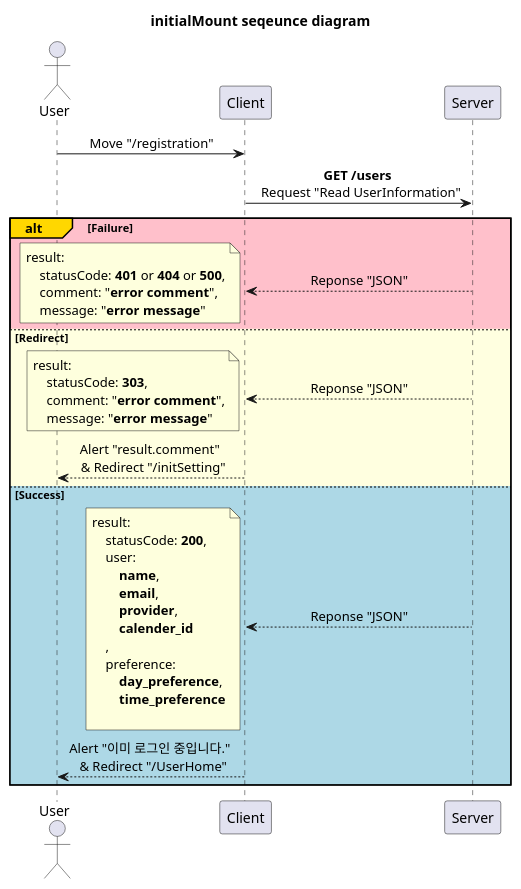
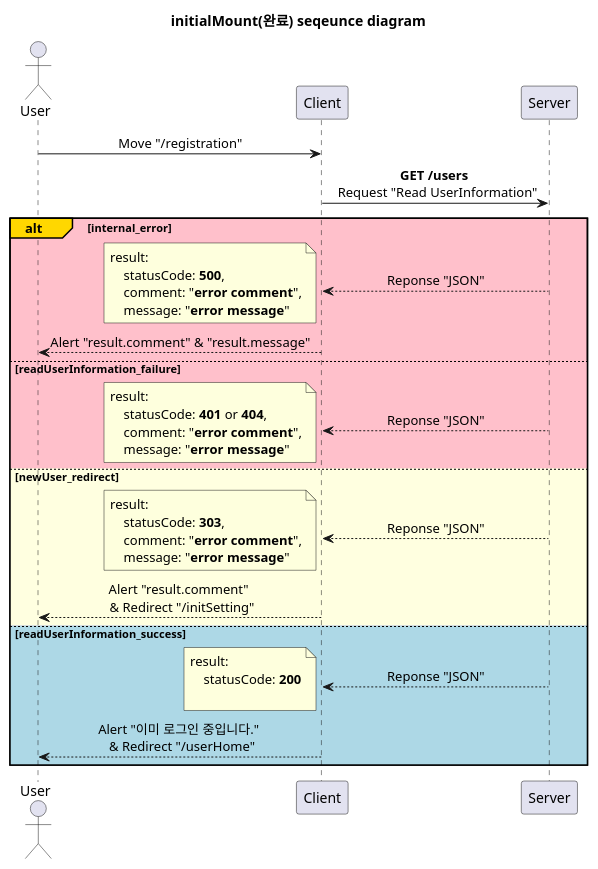
The diagram in diagram/registration_page/initialMount.puml (devSeungBin/SSCS), drawn with PlantUML before and after one commit. The commit also changed 12 other files, not shown here.

```diff
--- a/diagram/registration_page/initialMount.puml
+++ b/diagram/registration_page/initialMount.puml
@@ -1,55 +1,56 @@
-@startuml initialMount
+@startuml initialMount(완료)
 'http://localhost:3000/registration
 
-title initialMount seqeunce diagram
+title initialMount(완료) seqeunce diagram
 
 skinparam SequenceMessageAlignment center
 
 participant Server order 30
 participant Client order 20
 actor User order 10
 
 User -> Client: Move "/registration"
 
 Client -> Server: **GET /users** \n Request "Read UserInformation"
 
-alt#Gold #Pink Failure
+alt#Gold #Pink internal_error
     Client <-- Server: Reponse "JSON"
     note left
         result:
-            statusCode: **401** or **404** or **500**,
+            statusCode: **500**,
+            comment: "**error comment**",
+            message: "**error message**"
+    end note
+    User <-- Client: Alert "result.comment" & "result.message"
+
+else #Pink readUserInformation_failure
+    Client <-- Server: Reponse "JSON"
+    note left
+        result:
+            statusCode: **401** or **404**,
             comment: "**error comment**",
             message: "**error message**"
     end note
 
-else #LightYellow Redirect
+else #LightYellow newUser_redirect
     Client <-- Server: Reponse "JSON"
     note left
         result:
             statusCode: **303**,
             comment: "**error comment**",
             message: "**error message**"
     end note
     User <-- Client: Alert "result.comment" \n & Redirect "/initSetting"
 
-else #LightBlue Success
+else #LightBlue readUserInformation_success
     Client <-- Server: Reponse "JSON"
     note left
         result:
-            statusCode: **200**,
-            user:
-                **name**,
-                **email**,
-                **provider**,
-                **calender_id**
-            ,
-            preference:
-                **day_preference**,
-                **time_preference**
+            statusCode: **200**
 
     end note
-    User <-- Client: Alert "이미 로그인 중입니다." \n & Redirect "/UserHome"
+    User <-- Client: Alert "이미 로그인 중입니다." \n & Redirect "/userHome"
 
 end
 
 @enduml
```
